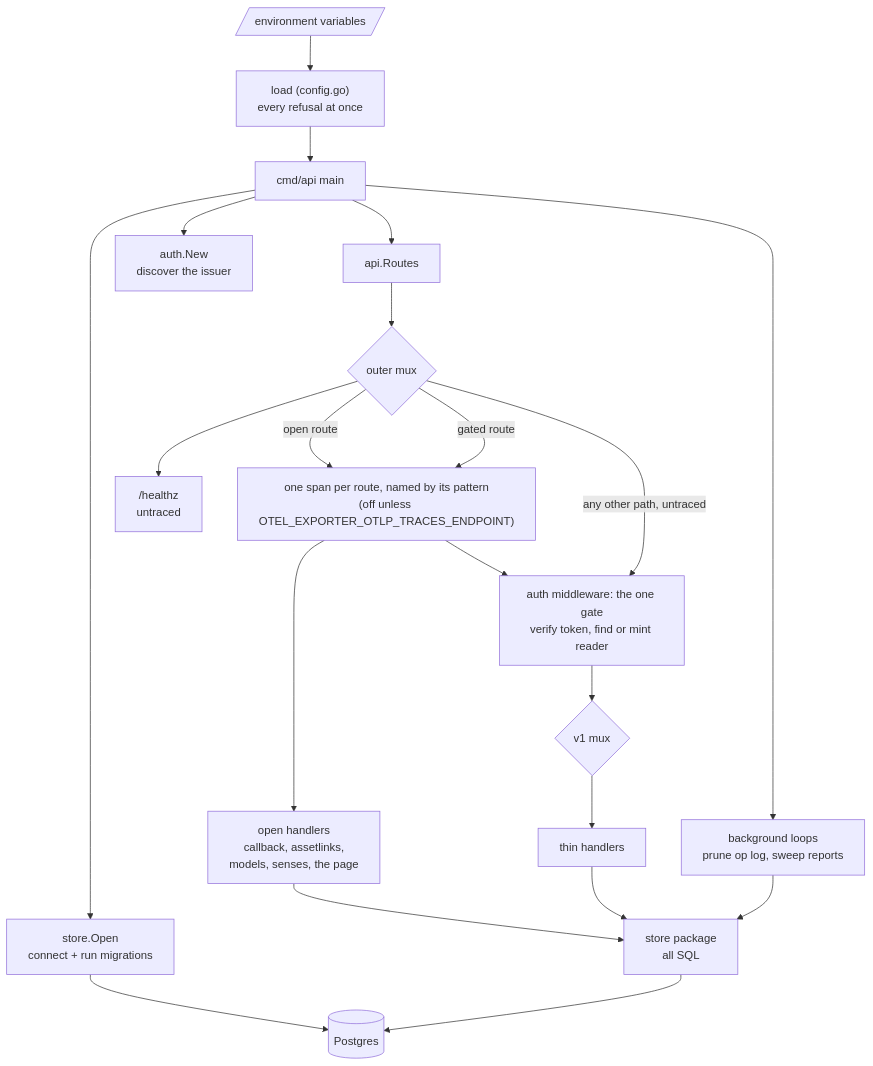
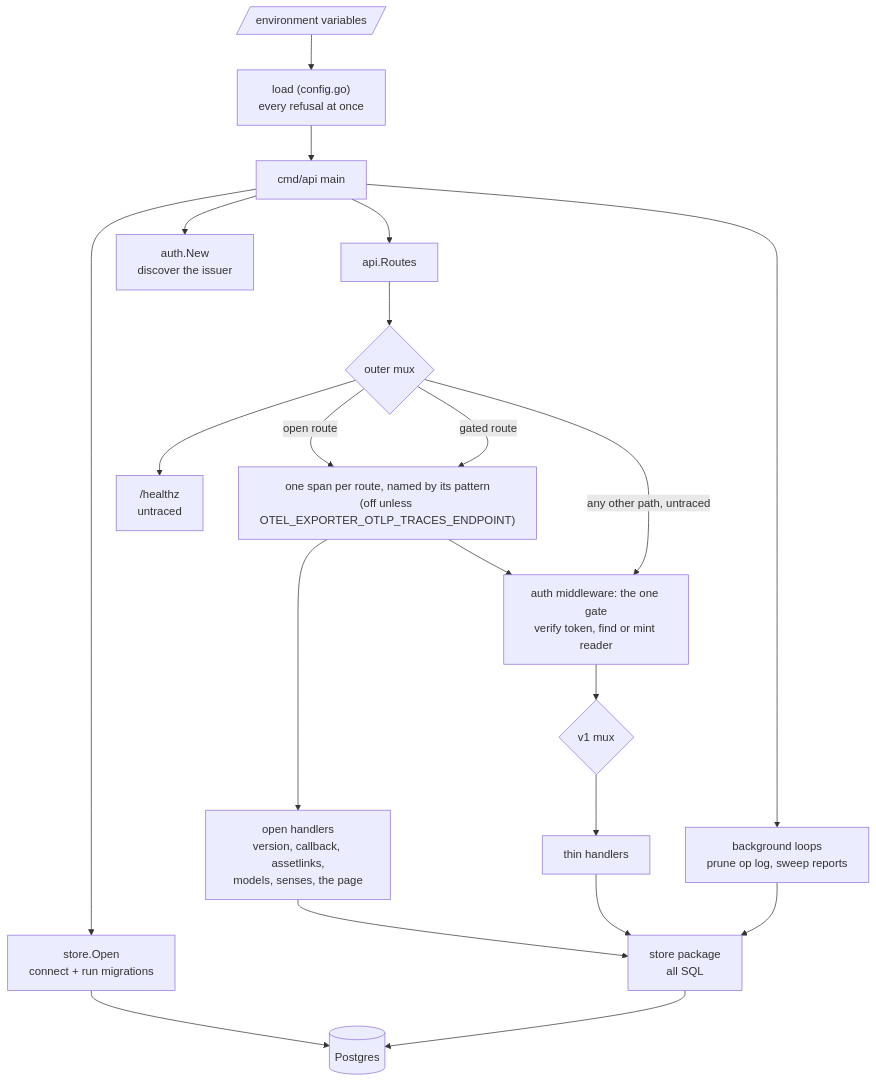
The second of 4 diagrams in docs/architecture/api.md (MohammadBnei/wird), drawn with Mermaid before and after one commit. The commit also changed other lines of this file and 40 other files, not shown here.

````diff
--- a/docs/architecture/api.md
+++ b/docs/architecture/api.md
@@ -80,31 +81,31 @@
 ```mermaid
 flowchart TB
   env[/"environment variables"/]
   load["load (config.go)<br/>every refusal at once"]
   main["cmd/api main"]
   open_db["store.Open<br/>connect + run migrations"]
   authn["auth.New<br/>discover the issuer"]
   routes["api.Routes"]
   outer{"outer mux"}
   span["one span per route, named by its pattern<br/>(off unless OTEL_EXPORTER_OTLP_TRACES_ENDPOINT)"]
-  openh["open handlers<br/>callback, assetlinks,<br/>models, senses, the page"]
+  openh["open handlers<br/>version, callback, assetlinks,<br/>models, senses, the page"]
   health["/healthz<br/>untraced"]
   mw["auth middleware: the one gate<br/>verify token, find or mint reader"]
   v1{"v1 mux"}
   h["thin handlers"]
   st["store package<br/>all SQL"]
   pg[("Postgres")]
   bg["background loops<br/>prune op log, sweep reports"]
 
   env --> load --> main
   main --> open_db --> pg
   main --> authn
   main --> routes --> outer
   outer --> health
   outer -->|"open route"| span --> openh
   outer -->|"gated route"| span --> mw
   outer -->|"any other path, untraced"| mw
   mw --> v1 --> h --> st --> pg
   openh --> st
   main --> bg --> st
 ```
````
